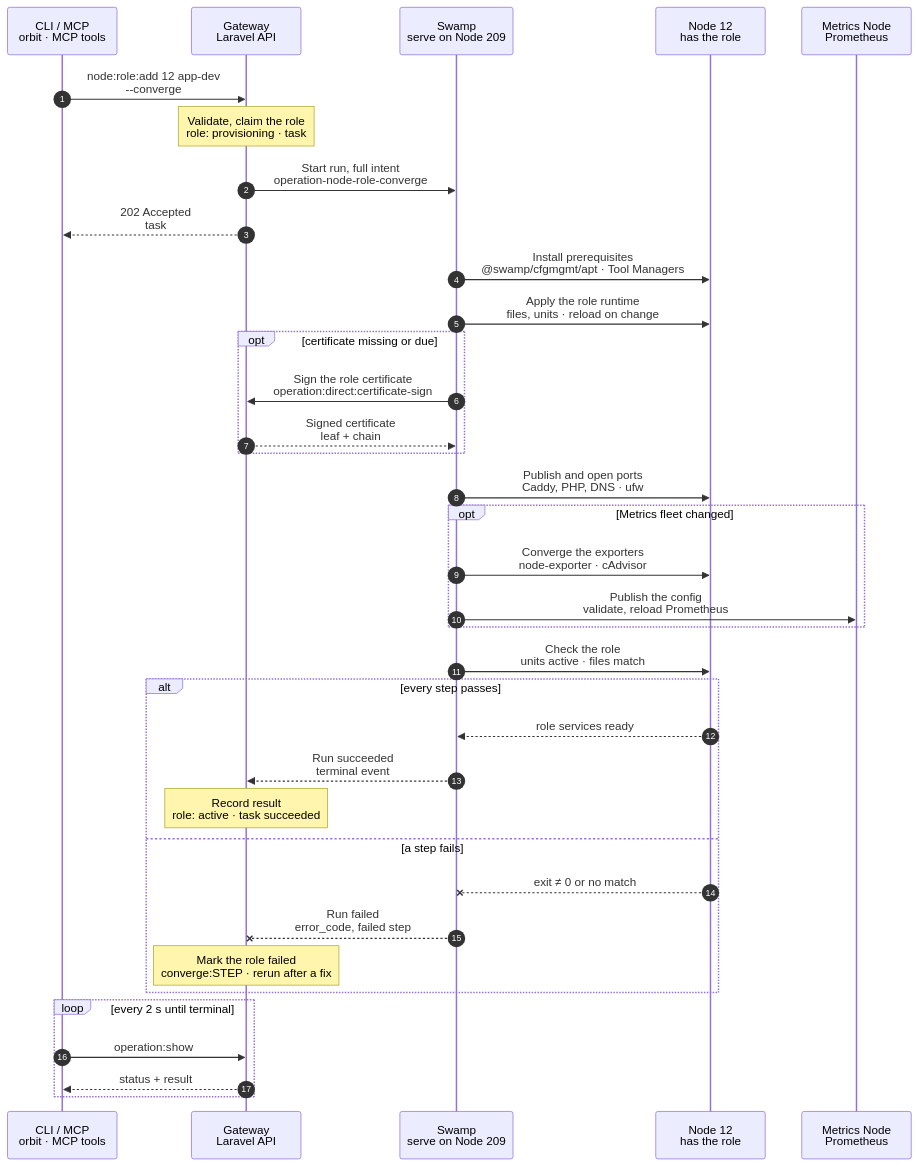
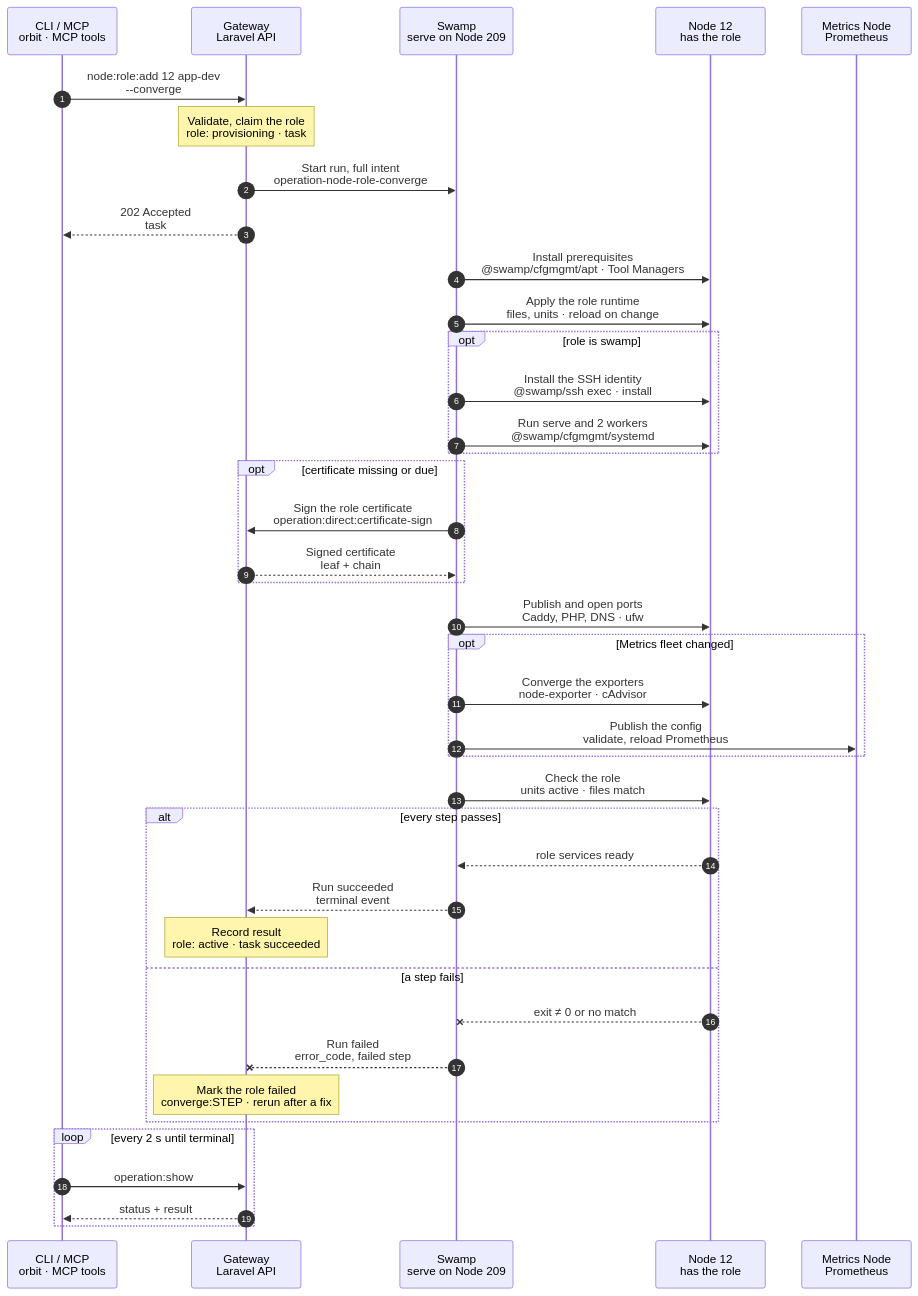
One commit to hardimpactdev/orbit changed the diagram in docs/flows/node.role_converge.mmd. Above: the diagram before and after it, drawn with Mermaid. The commit also changed 3 other files, not shown here.

First line of the commit message:
docs(flows): chart the whole swamp role runtime and the datastore watch

```diff
--- a/docs/flows/node.role_converge.mmd
+++ b/docs/flows/node.role_converge.mmd
@@ -1,143 +1,169 @@
 sequenceDiagram
   %% Target design: ADR 0243/0244 task, DECISIONS R1-R4 + 5, single-swamp-node, swamp-role-includes-caddy, swamp-workers-two-concurrency. docs/cli/node.mdx#orbit-noderoleadd, docs/reference/node-provisioning.md#native-role-convergence.
   %% status: draft
   %% command: node:role:add
   autonumber
   %% lane CLI icon=terminal pill=caller tone=gray
   %% lane GW icon=gateway pill=intent tone=blue
   %% lane SW icon=workflow pill=executes tone=green
   %% lane N icon=server pill=target tone=amber
   %% lane M icon=server pill=target tone=purple
   participant CLI as CLI / MCP<br/>orbit · MCP tools
   participant GW as Gateway<br/>Laravel API
   participant SW as Swamp<br/>serve on Node 209
   participant N as Node 12<br/>has the role
   participant M as Metrics Node<br/>Prometheus
   CLI->>GW: node:role:add 12 app-dev<br/>--converge
   %%> Command:
   %%> - `orbit node:role:add 12 app-dev --converge`
   %%> - syntax: `<node> <role> --converge [--idempotency-key=KEY] [--json]`
   %%> Input:
   %%> - the Node, by id or exact name, and a role it already has
   %%> What it does:
   %%> - applies the role's packages, files, units and publication again, and repairs drift
   %%> - never changes an Instance, a Process, a Schedule or the role assignment itself
   %%> Who can call it:
   %%> - the `orbit` CLI and the MCP tool send the same request
   %%> - `node:converge` runs the same role steps for each active role, but only for parts whose digest changed
   Note over GW: Validate, claim the role<br/>role: provisioning · task #5171
   %%> Requirements:
   %%> - your Node has an access grant to Node 12
   %%> - Node 12 is an active, managed Linux Node and has the `app-dev` role
   %%> - the role is `active`, `failed` at a `converge:` step, or `provisioning` with a stale claim: older than 11 minutes, with no operation holding the role lock
   %%> - the role is not `vpn` or `router`; `node:converge` re-applies the `vpn` files
   %%> - one role operation per Node: the Gateway waits up to 2 minutes for Node 12's role lock, then refuses with `node_role.node_busy`
   %%> Builds:
   %%> - the complete role plan, with one digest per part
   %%> - the current Metrics fleet change for Node 12, when there is one
   %%> Result:
   %%> - the role marked provisioning, and task #5171 recorded with the full intent
   GW->>SW: Start run, full intent<br/>operation-node-role-converge
   %%> What it does:
   %%> - starts one Swamp run on serve (Node 209)
   %%> Inputs:
   %%> - the role plan with its files and digests, and the vault key names of the role credentials
   %%> - Node 12's and the Metrics Node's addresses and SSH host keys; the SSH identity comes from the `swamp` role
   GW-->>CLI: 202 Accepted<br/>task #5171
   %%> What you get:
   %%> - the task number, at once
   %%> Next:
   %%> - the CLI follows the task with `operation:show`
   SW->>N: Install prerequisites<br/>@swamp/cfgmgmt/apt · Tool Managers
   %%> What it does:
   %%> - installs only what is missing or below its pin; a package at its pin stays, so nothing restarts for it
   %%> - `app-dev`, `app-prod`: the shared Tool Manager setup step for `vp` and `composer`
   %%> How:
   %%> - official `@swamp/cfgmgmt` behaviors (apt, fetch, file) over SSH from 209
   SW->>N: Apply the role runtime<br/>files, units · reload on change
   %%> What it does:
   %%> - writes each file of the role, and reloads a service only when one of its files changed
   %%> Per role:
   %%> - Caddy roles (`gateway`, `router`, `ingress`, `app-dev`, `app-prod`, `websocket`, `analytics`, `swamp`): Caddy package floor, the reload kernel setting, then the Caddyfile; validates it first and reloads Caddy gracefully
   %%> - `app-dev`, `app-prod`: the managed PHP-FPM module; validates each running master and reloads the valid ones gracefully
   %%> - `app-dev`: the `/etc/tmpfiles.d/orbit.conf` rule for `/tmp/orbit-*` and `/dev/shm/orbit-*`; restarts nothing
   %%> - `vpn`, through `node:converge`: the private DNS listener, records and catalog; restarts dnsmasq or the listener only for a change, and restores the last good copy when the new one fails its check
   %%> - `websocket`: the Reverb service
   %%> - `metrics`: the same steps as `metrics:enable`; a Prometheus config change is a reload
-  %%> - `swamp`: Orbit's Caddy and the 2 worker services `orbit-swamp-worker@a` and `@b`
-  %%> The swamp role's workers:
-  %%> - this run runs on them, so converge never stops or removes them
-  %%> - a changed worker unit takes effect at the worker's next restart
+  %%> - `swamp`: Orbit's Caddy; serve and its workers follow in their own steps
   %%> How:
   %%> - official `@swamp/cfgmgmt` behaviors (file, systemd, docker) over SSH from 209
+  opt role is swamp
+    SW->>N: Install the SSH identity<br/>@swamp/ssh exec · install
+    %%> What it does:
+    %%> - copies the Node's `node-proxy` key to `/etc/orbit/swamp-role-worker/ssh-identity`, owned by root and readable by the workers' account (`0440`)
+    %%> - one `install` command; repeating it changes nothing
+    %%> Why:
+    %%> - every Swamp step reaches its Node over SSH with this key
+    %%> Requirements:
+    %%> - an operator bootstraps the first swamp Node; until this step has run once, no worker holds the key
+    SW->>N: Run serve and 2 workers<br/>@swamp/cfgmgmt/systemd
+    %%> What it does:
+    %%> - writes `orbit-swamp-serve.service` and the worker template `orbit-swamp-worker@.service` from the role plan; systemd reloads only when one changed
+    %%> - enables serve and the workers `@a` and `@b`, and starts any that is stopped
+    %%> Serve:
+    %%> - `swamp serve` on `127.0.0.1:9418` from the serve checkout, with at most 4 scheduled runs in flight and a 5-minute shutdown drain
+    %%> - never restarted here: a changed serve unit takes effect at serve's next restart, which an operator makes in a quiet window
+    %%> Workers:
+    %%> - each reaches serve on loopback with 8 dispatch slots and the labels `role=swamp` and `node=12`
+    %%> - a running worker is never stopped or restarted here, because runs may be on it; a changed worker unit takes effect at the worker's next restart
+    %%> Requirements:
+    %%> - placed by an operator: the pinned `swamp` binary, each worker's enrollment and server tokens in `/etc/orbit/swamp-role-worker/<a|b>/`, and the serve checkout
+    %%> - nothing reads them first: a missing one fails the start with `swamp.worker_unit_failed` or `swamp.serve_unit_failed`
+    %%> Not included:
+    %%> - serve's grants files and `swamp access reload`: they follow the checkout, so the release's Swamp load applies them (`gateway.swamp_load`)
+    %%> - the datastore watch: a native schedule among the repository's workflows, which serve loads with each release (`swamp.datastore_watch`)
+    %%> How:
+    %%> - `@swamp/cfgmgmt/systemd` with the unit content, over SSH from 209
+  end
   opt certificate missing or due
     SW->>GW: Sign the role certificate<br/>operation:direct:certificate-sign
     %%> When:
     %%> - the role's Orbit certificate is missing, doesn't match its key, or is close to expiry
     %%> How:
     %%> - a step creates a new key on Node 12 and reads only the CSR; the Gateway signs it with the Orbit CA
     %%> - this is the one call a step may make to the Gateway
     GW-->>SW: Signed certificate<br/>leaf + chain
     %%> What happens next:
     %%> - Swamp writes the certificate beside its key on Node 12 and activates it
   end
   SW->>N: Publish and open ports<br/>Caddy, PHP, DNS · ufw
   %%> What it does:
   %%> - publishes the role's Caddy sites and PHP pools again, validated, with a graceful reload only on change
   %%> - applies the role's managed firewall rules; an existing identical line stays as it is
   %%> - re-publishes the role's private DNS names through the shared DNS step on the `vpn` Node
   opt Metrics fleet changed
     SW->>N: Converge the exporters<br/>node-exporter · cAdvisor
     %%> When:
     %%> - Node 12 is a selected exporter and its exporters or their firewall allows drifted
     %%> What it does:
     %%> - the same steps as `metrics:exporter:enable`
     SW->>M: Publish the config<br/>validate, reload Prometheus
     %%> When:
     %%> - only when the Prometheus configuration changed
     %%> What it does:
     %%> - validates it with `promtool`, publishes it, and reloads Prometheus while it runs
   end
   SW->>N: Check the role<br/>units active · files match
   %%> What it does:
   %%> - checks the role's services are active and answer, such as Caddy, PHP-FPM or Reverb
   %%> - reads each applied file back and compares it with its digest
+  %%> - `swamp`: the `check` of each `@swamp/cfgmgmt/systemd` step and of the identity file, then a native `assert` fails the run on any drift
   %%> Why:
   %%> - the role only counts as converged when Node 12 shows it
   alt every step passes
     N-->>SW: role services ready
     %%> Returns:
     %%> - the check passed for every part of the role
     SW-->>GW: Run succeeded<br/>terminal event
     %%> How the Gateway learns it:
     %%> - its shared run reader sees the terminal event; Swamp never calls the Gateway for a result
     Note over GW: Record result<br/>role: active · task succeeded
     %%> Result:
     %%> - the `app-dev` role on Node 12 is active again, with the digest of each applied part
     %%> - a failed step from an earlier run is cleared
     %%> - task #5171 succeeds
   else a step fails
     N--xSW: exit ≠ 0 or no match
     %%> When:
     %%> - a package, file, unit, Caddy validation, certificate, firewall or check step fails
     SW--xGW: Run failed<br/>error_code, failed step
     %%> The Gateway reads:
     %%> - which step failed and its error code
     Note over GW: Mark the role failed<br/>converge:STEP · rerun after a fix
     %%> Result:
     %%> - the role is marked failed at `converge:STEP`, with the step's own error code
     %%> - task #5171 fails
     %%> On the Node:
     %%> - finished steps stay; there is no rollback, except the DNS listener's restore of its last good copy
     %%> - running services keep their last valid configuration, because nothing reloads with one that fails validation
     %%> Retry:
     %%> - run the same command again after fixing the cause; it is a new task
   end
   loop every 2 s until terminal
     CLI->>GW: operation:show #5171
     %%> What it does:
     %%> - asks for the task's status every 2 seconds until it has ended
     GW-->>CLI: status + result
     %%> Returns:
     %%> - the current status, and the result once the task has ended
   end
```
